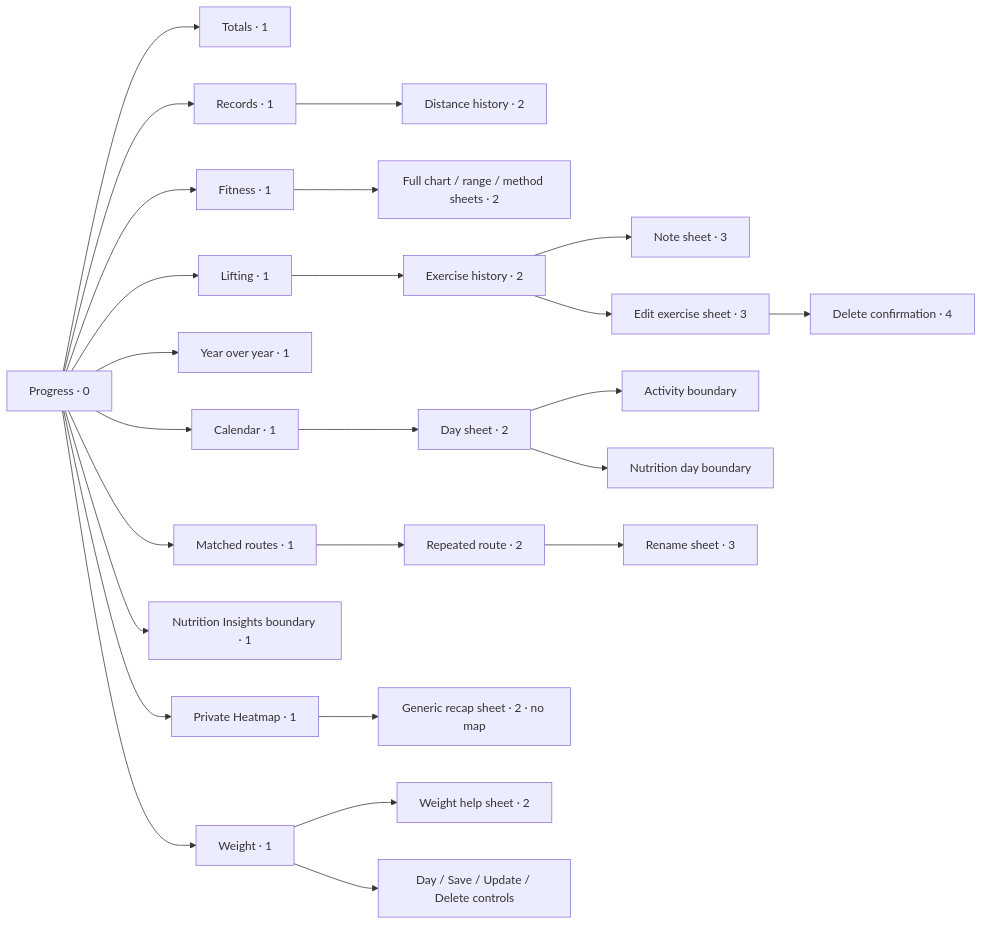
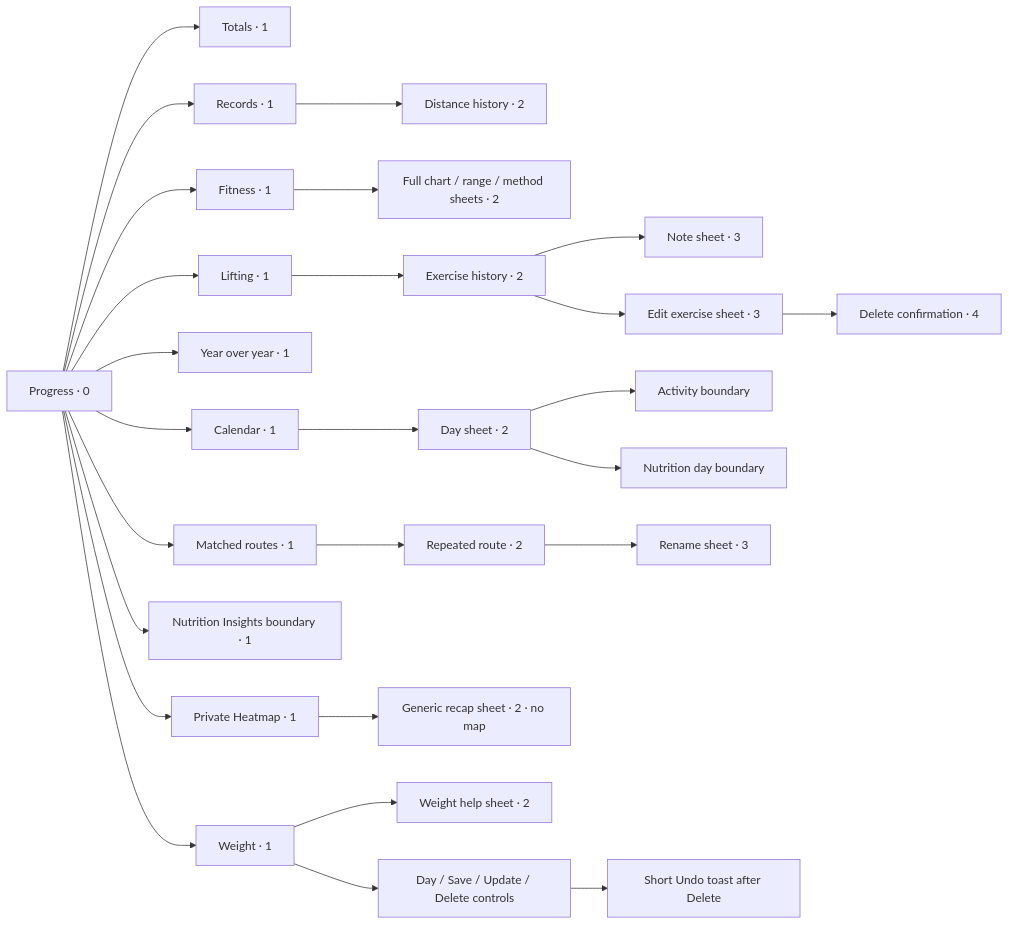
Before and after one commit to BenCBanks/kinetta: the fourth of 14 diagrams in docs/app-map.md, drawn with Mermaid. The commit also changed other lines of this file and 9 other files, not shown here.

````diff
--- a/docs/app-map.md
+++ b/docs/app-map.md
@@ -351,27 +351,28 @@
 ```mermaid
 flowchart LR
  P["Progress · 0"] --> T["Totals · 1"]
  P --> F["Fitness · 1"]
  P --> R["Records · 1"]
  P --> L["Lifting · 1"]
  P --> Y["Year over year · 1"]
  P --> C["Calendar · 1"]
  P --> W["Weight · 1"]
  P --> I["Nutrition Insights boundary · 1"]
  P --> H["Private Heatmap · 1"]
  P --> Routes["Matched routes · 1"]
  R --> RH["Distance history · 2"]
  F --> Charts["Full chart / range / method sheets · 2"]
  L --> E["Exercise history · 2"]
  E --> Note["Note sheet · 3"]
  E --> Edit["Edit exercise sheet · 3"]
  Edit --> Delete["Delete confirmation · 4"]
  C --> Day["Day sheet · 2"]
  Day --> A["Activity boundary"]
  Day --> Food["Nutrition day boundary"]
  Routes --> Route["Repeated route · 2"]
  Route --> Rename["Rename sheet · 3"]
  H --> Recap["Generic recap sheet · 2 · no map"]
  W --> Help["Weight help sheet · 2"]
  W --> WeightEdit["Day / Save / Update / Delete controls"]
+ WeightEdit --> Undo["Short Undo toast after Delete"]
 ```
````
